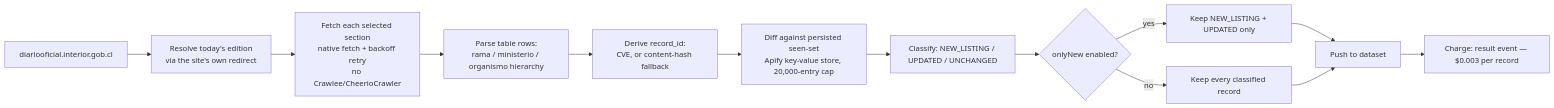
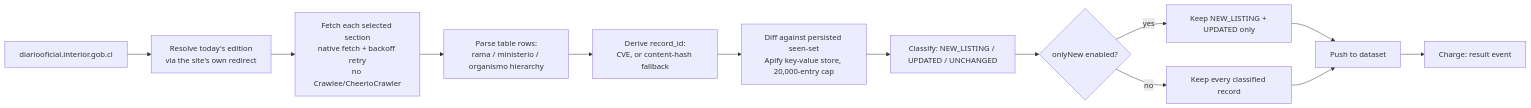
The diagram in README.md (stefanoseggio/diario-oficial-cl-monitor), drawn with Mermaid before and after one commit. The commit also changed other lines of this file, not shown here.

First line of the commit message:
Restructure README: Cost & BYOK disclosure, Quickstart, schema tables, Contributing

````diff
--- a/README.md
+++ b/README.md
@@ -36,15 +36,15 @@
 ```mermaid
 flowchart LR
     A["diariooficial.interior.gob.cl"] --> B["Resolve today's edition<br/>via the site's own redirect"]
     B --> C["Fetch each selected section<br/>native fetch + backoff retry<br/>no Crawlee/CheerioCrawler"]
     C --> D["Parse table rows:<br/>rama / ministerio / organismo hierarchy"]
     D --> E["Derive record_id:<br/>CVE, or content-hash fallback"]
     E --> F["Diff against persisted seen-set<br/>Apify key-value store, 20,000-entry cap"]
     F --> G["Classify: NEW_LISTING / UPDATED / UNCHANGED"]
     G --> H{"onlyNew enabled?"}
     H -->|yes| I["Keep NEW_LISTING + UPDATED only"]
     H -->|no| J["Keep every classified record"]
     I --> K["Push to dataset"]
     J --> K
-    K --> L["Charge: result event — $0.003 per record"]
+    K --> L["Charge: result event"]
 ```
````
